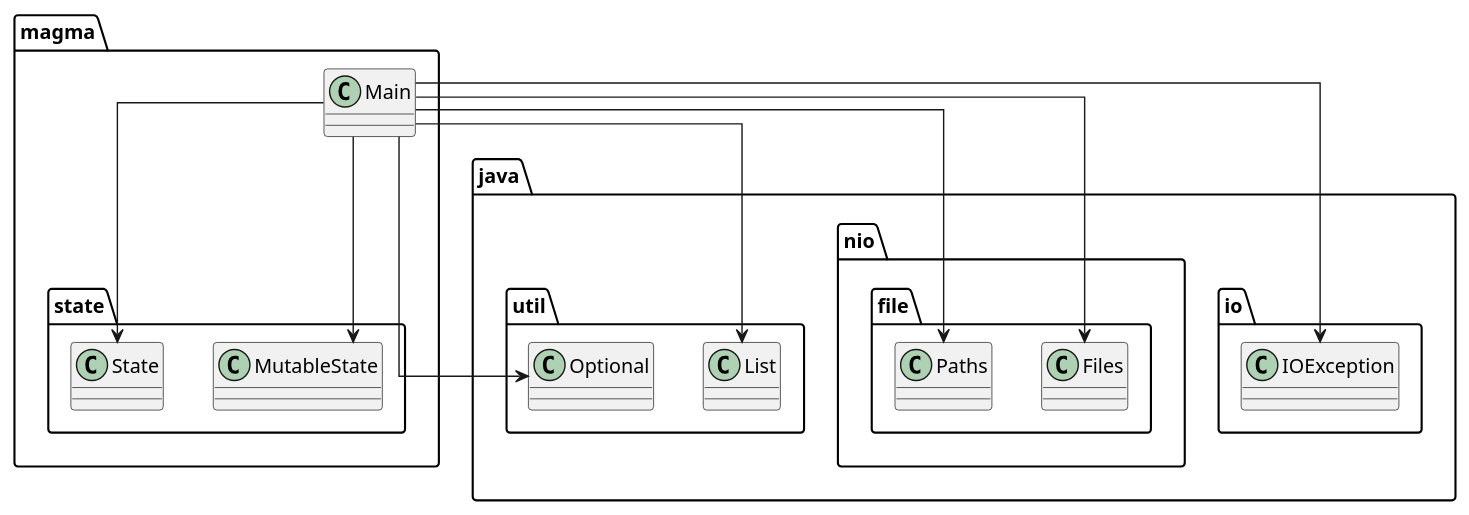
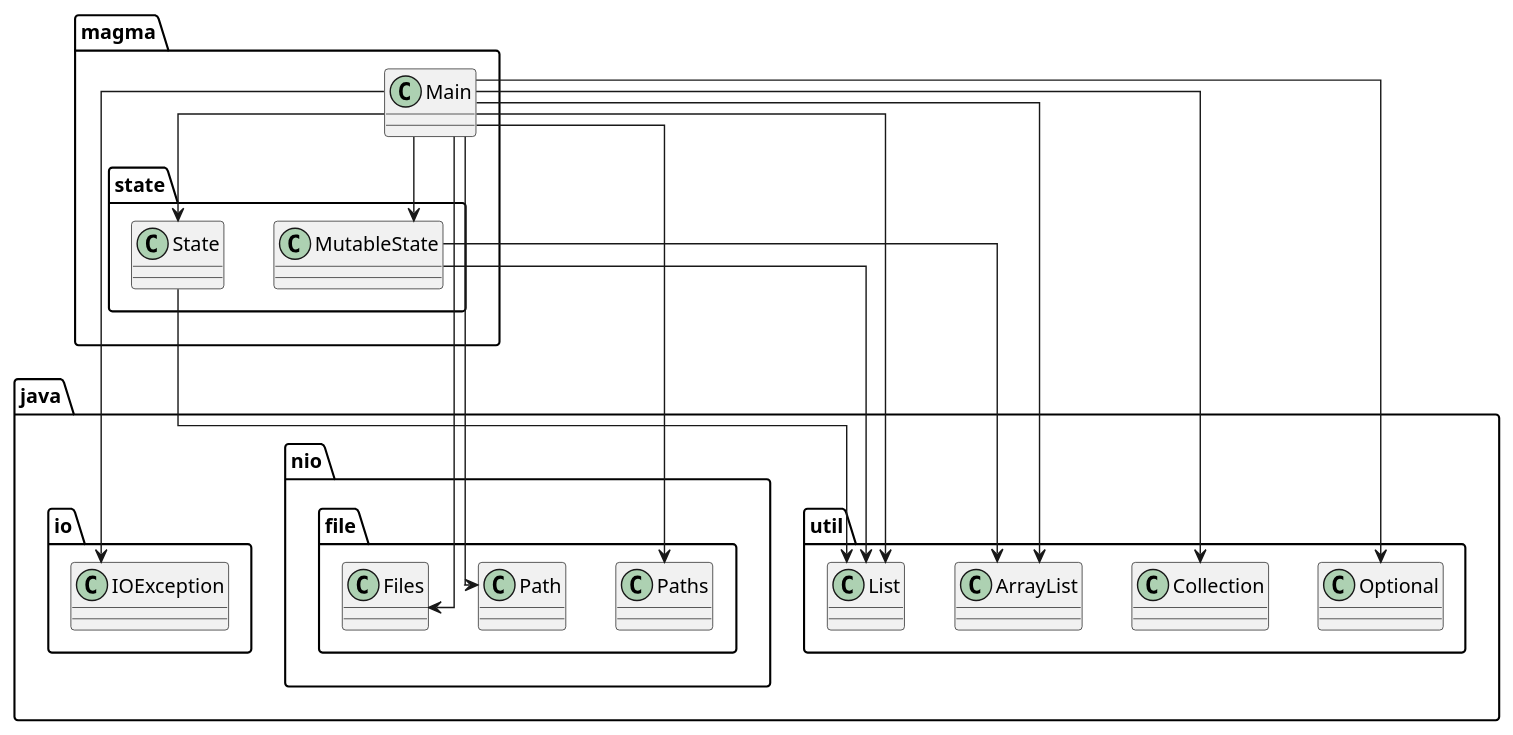
The diagram in diagram.puml (SirMathhman/Magma), drawn with PlantUML before and after one commit. The commit also changed 1 other file, not shown here.

```diff
--- a/diagram.puml
+++ b/diagram.puml
@@ -1,11 +1,19 @@
 @startuml
 skinparam linetype ortho
 class magma.Main
 magma.Main --> magma.state.MutableState
 magma.Main --> magma.state.State
 magma.Main --> java.io.IOException
 magma.Main --> java.nio.file.Files
+magma.Main --> java.nio.file.Path
 magma.Main --> java.nio.file.Paths
+magma.Main --> java.util.ArrayList
+magma.Main --> java.util.Collection
 magma.Main --> java.util.List
 magma.Main --> java.util.Optional
+class magma.state.MutableState
+magma.state.MutableState --> java.util.ArrayList
+magma.state.MutableState --> java.util.List
+class magma.state.State
+magma.state.State --> java.util.List
 @enduml
```
